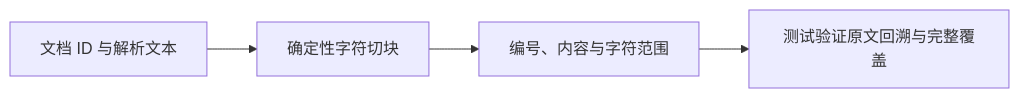
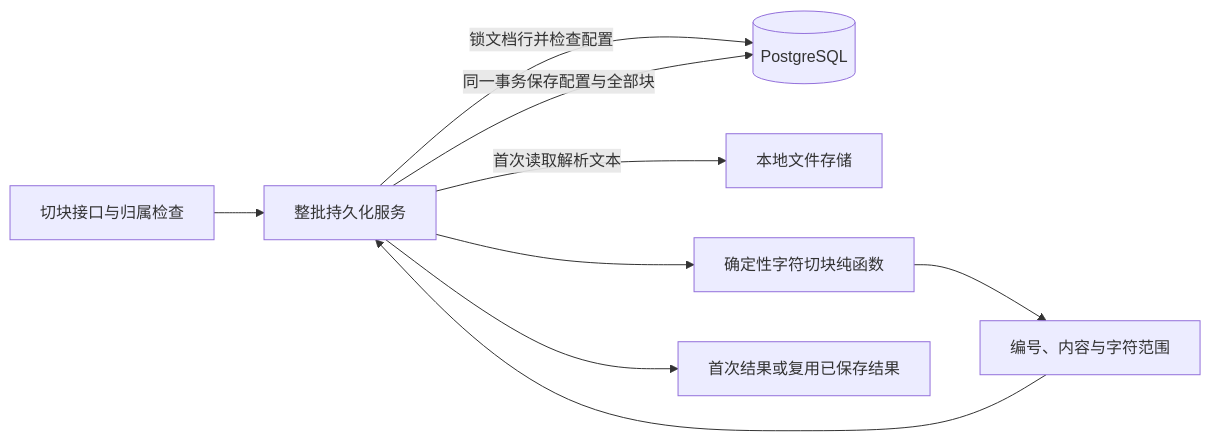
Before and after one commit to cenxv46597/enterprise-ai-agent-platform: the second of 2 diagrams in docs/architecture.md, drawn with Mermaid. The commit also changed other lines of this file and 12 other files, not shown here.

````diff
--- a/docs/architecture.md
+++ b/docs/architecture.md
@@ -52,6 +52,11 @@
 ```mermaid
 flowchart LR
-    I[文档 ID 与解析文本] --> S[确定性字符切块]
+    A[切块接口与归属检查] --> P[整批持久化服务]
+    P -->|锁文档行并检查配置| D[(PostgreSQL)]
+    P -->|首次读取解析文本| F[本地文件存储]
+    P --> S[确定性字符切块纯函数]
     S --> C[编号、内容与字符范围]
-    C --> V[测试验证原文回溯与完整覆盖]
+    C --> P
+    P -->|同一事务保存配置与全部块| D
+    P --> R[首次结果或复用已保存结果]
 ```
````
